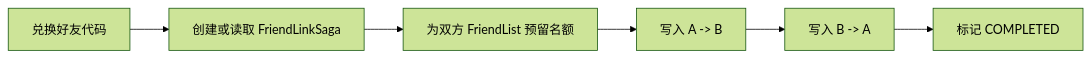
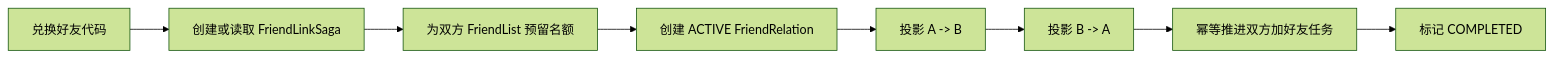
Before and after one commit to Wriosley/supernova-classic-farm: the diagram in docs/plans/friend_design_plan/01-FriendSvr详细设计.md, drawn with Mermaid (forest theme). The commit also changed other lines of this file and 9 other files, not shown here.

````diff
--- a/docs/plans/friend_design_plan/01-FriendSvr详细设计.md
+++ b/docs/plans/friend_design_plan/01-FriendSvr详细设计.md
@@ -60,8 +86,10 @@
 ```mermaid
 flowchart LR
     Redeem["兑换好友代码"] --> Init["创建或读取 FriendLinkSaga"]
     Init --> Reserve["为双方 FriendList 预留名额"]
-    Reserve --> AEdge["写入 A -> B"]
-    AEdge --> BEdge["写入 B -> A"]
-    BEdge --> Done["标记 COMPLETED"]
+    Reserve --> Relation["创建 ACTIVE FriendRelation"]
+    Relation --> AEdge["投影 A -> B"]
+    AEdge --> BEdge["投影 B -> A"]
+    BEdge --> Task["幂等推进双方加好友任务"]
+    Task --> Done["标记 COMPLETED"]
 ```
````
